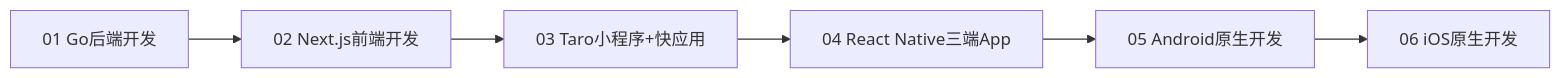
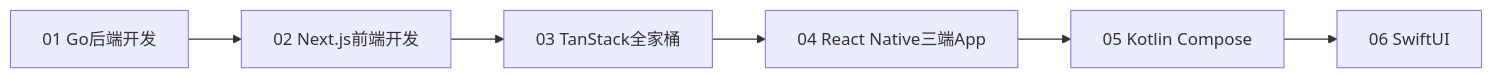
Before and after one commit to x-rush/dev-quest: the diagram in shared-resources/progress/learning-progress.md, drawn with Mermaid. The commit also changed other lines of this file and 10 other files, not shown here.

````diff
--- a/shared-resources/progress/learning-progress.md
+++ b/shared-resources/progress/learning-progress.md
@@ -10,8 +10,8 @@
 ```mermaid
 graph LR
     A[01 Go后端开发] --> B[02 Next.js前端开发]
-    B --> C[03 Taro小程序+快应用]
+    B --> C[03 TanStack全家桶]
     C --> D[04 React Native三端App]
-    D --> E[05 Android原生开发]
-    E --> F[06 iOS原生开发]
+    D --> E[05 Kotlin Compose]
+    E --> F[06 SwiftUI]
 ```
````
